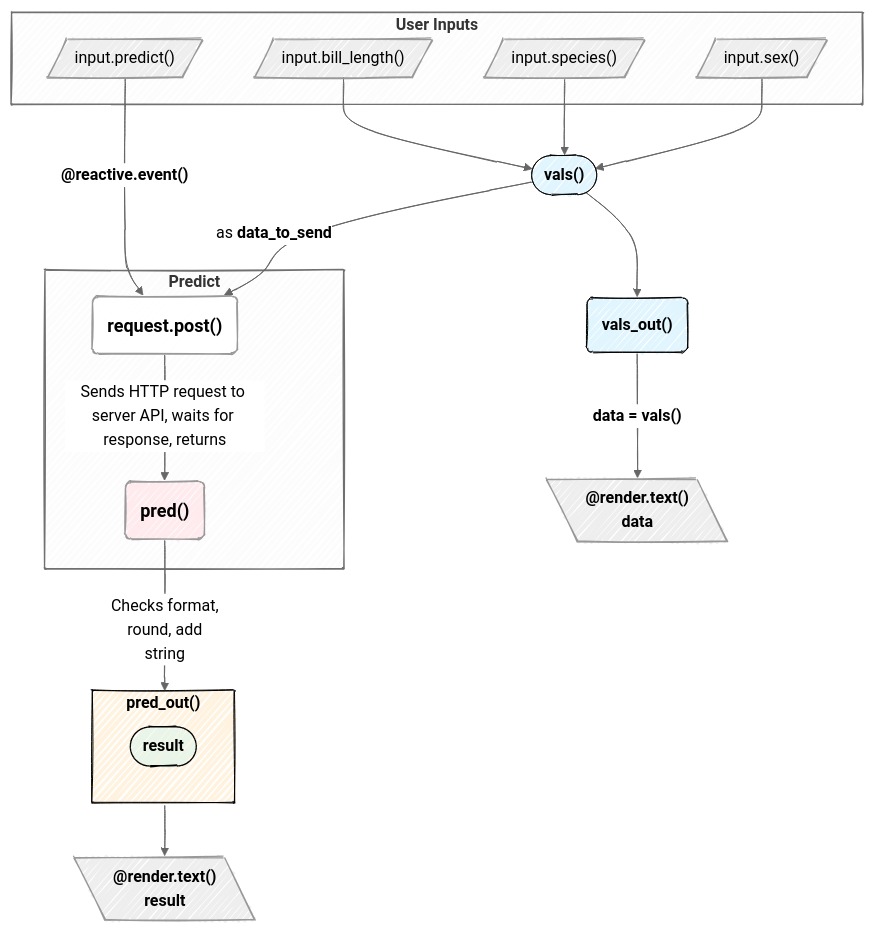
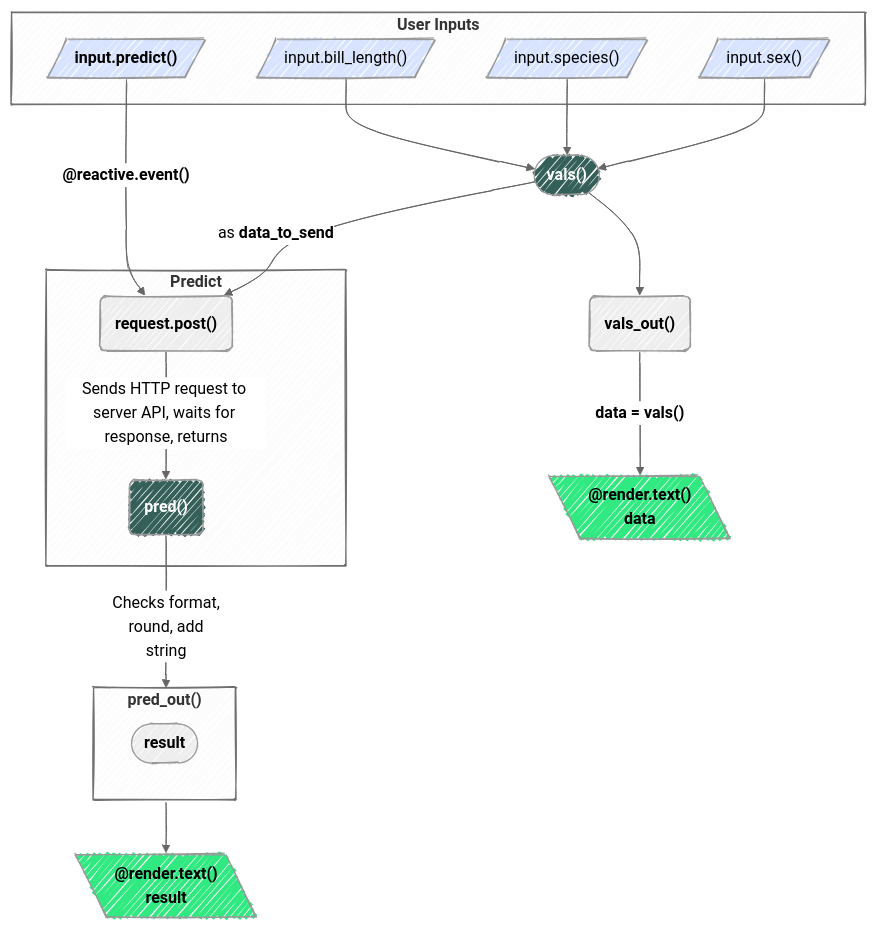
The seventh of 7 diagrams in py-app-api.qmd (mjfrigaard/do4ds-labs), drawn with Mermaid before and after one commit. The commit also changed other lines of this file and 38 other files, not shown here.

````diff
--- a/py-app-api.qmd
+++ b/py-app-api.qmd
@@ -897,35 +869,39 @@
 ```{mermaid}
 %%{init: {'theme': 'neutral', 'look': 'handDrawn', 'themeVariables': { 'fontFamily': 'monospace', "fontSize":"16px"}}}%%
 
 flowchart TD
  subgraph Inputs["<strong>User Inputs</strong>"]
         I1[/"input.bill_length()"/]
         I2[/"input.species()"/]
         I3[/"input.sex()"/]
-        I4[/"input.predict()"/]
+        I4[/"<strong>input.predict()</strong>"/]
   end
+    style I1 fill:#d8e4ff
+    style I2 fill:#d8e4ff
+    style I3 fill:#d8e4ff
+    style I4 fill:#d8e4ff
+
  subgraph Pred["<strong>Predict</strong>"]
         PredR("<strong>pred()</strong>")
         Req("<strong>request.post()</strong>")
   end
  subgraph PredOutReact["<strong>pred_out()</strong>"]
         Res(["<strong>result</strong>"])
   end
     Req -- Sends HTTP request to server API, waits for response, returns --> PredR
     PredR -- Checks format,<br>round, add<br> string --> PredOutReact
     I1 --> ValsReact(["<strong>vals()</strong>"])
     I2 --> ValsReact
     I3 --> ValsReact
     I4 -- "<strong>@reactive.event()</strong>" --> Req
     ValsReact -- as <strong>data_to_send</strong> --> Req
     ValsReact --> ValsOut("<strong>vals_out()</strong>")
     ValsOut -- "<strong>data = vals()</strong>" --> RenPrnt[\"<strong>@render.text()</strong><br><strong>data</strong>"\]
     PredOutReact --> RenTxt[\"<strong>@render.text()</strong><br><strong>result</strong>"\]
     
-    style Req fill:#FFF,color:#000,rx:20,ry:20,font-size:18px
-    style PredR fill:#ffebee,color:#000,font-size:18px
-    style Res fill:#e8f5e8,stroke:#000,color:#000
-    style ValsReact fill:#e1f5fe,stroke:#000,color:#000,stroke-width:1px,rx:10,ry:10,font-size:16px
-    style PredOutReact fill:#fff3e0,stroke:#000,color:#000,stroke-width:1px,rx:10,ry:10,font-size:16px
-    style ValsOut fill:#e1f5fe,stroke:#000,color:#000,stroke-width:1px,rx:10,ry:10,font-size:16px
+    style PredR fill:#35605a,color:#fff
+    style ValsReact fill:#35605a,color:#fff
+
+    style RenTxt fill:#31e981
+    style RenPrnt fill:#31e981
 ```
````
